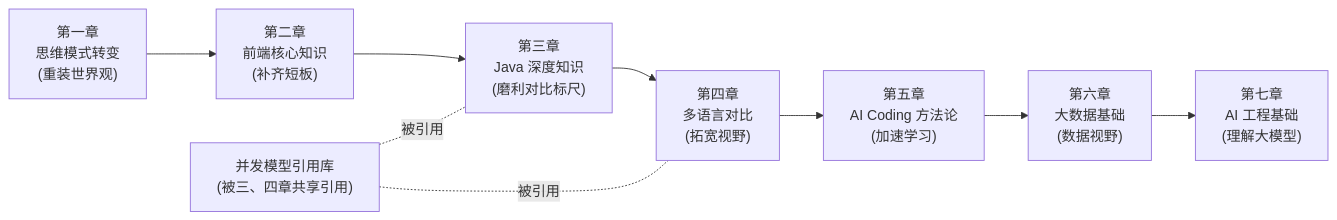
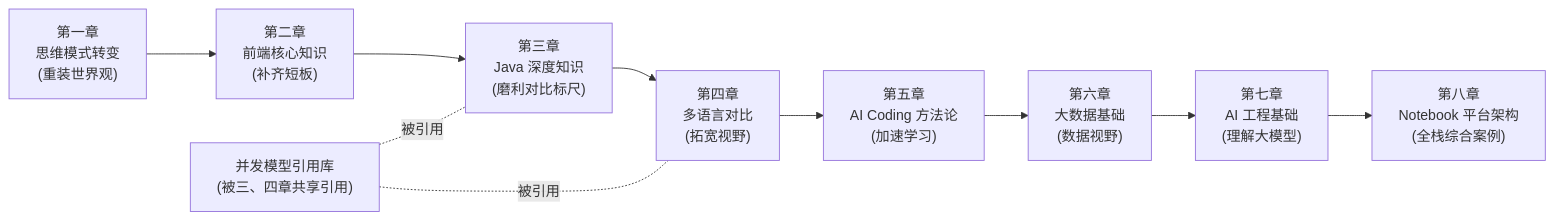
The diagram in README.md (LiPingjiang/Full-Stack-Knowledge-Book), drawn with Mermaid before and after one commit. The commit also changed other lines of this file and 13 other files, not shown here.

First line of the commit message:
feat: 新增第八章 Notebook 平台架构 + 第三章消息队列增加 ZeroMQ 小节

````diff
--- a/README.md
+++ b/README.md
@@ -33,11 +33,12 @@
 ```mermaid
 flowchart LR
     C1["第一章<br/>思维模式转变<br/>(重装世界观)"] --> C2["第二章<br/>前端核心知识<br/>(补齐短板)"]
     C2 --> C3["第三章<br/>Java 深度知识<br/>(磨利对比标尺)"]
     C3 --> C4["第四章<br/>多语言对比<br/>(拓宽视野)"]
     C4 --> C5["第五章<br/>AI Coding 方法论<br/>(加速学习)"]
     C5 --> C6["第六章<br/>大数据基础<br/>(数据视野)"]
     C6 --> C7["第七章<br/>AI 工程基础<br/>(理解大模型)"]
+    C7 --> C8["第八章<br/>Notebook 平台架构<br/>(全栈综合案例)"]
     REF["并发模型引用库<br/>(被三、四章共享引用)"] -.被引用.- C3
     REF -.被引用.- C4
 ```
````
